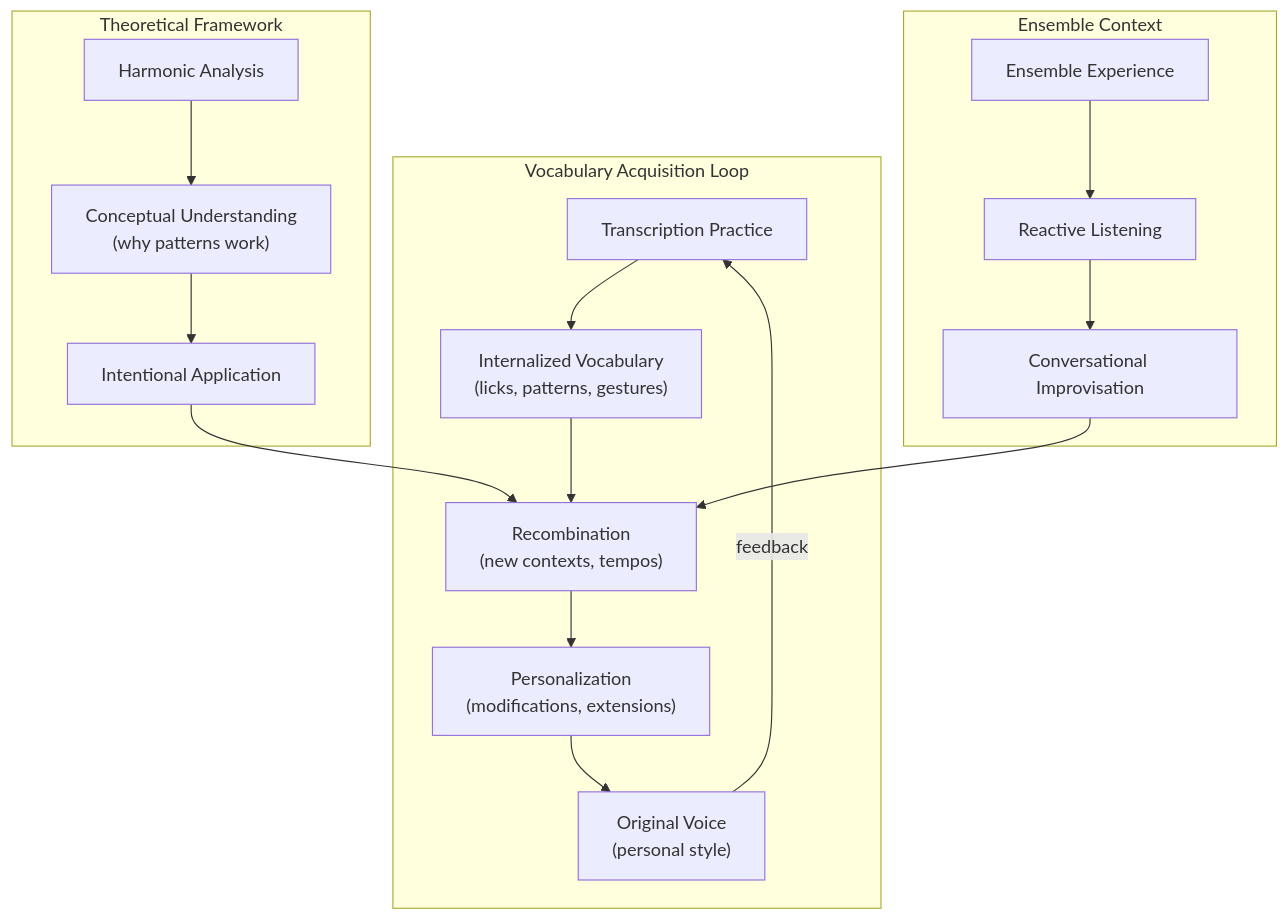
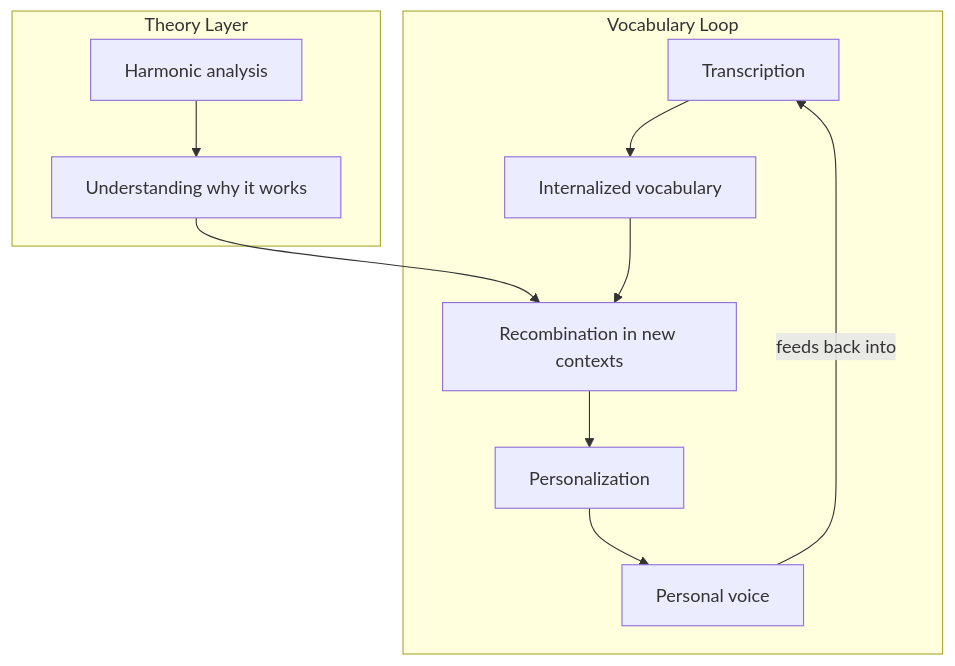
Before and after one commit to blebleblee/synapse: the third of 5 diagrams in topics/arts/composition/jazz_harmony/lesson_03_improvisation_techniques.md, drawn with Mermaid. The commit also changed other lines of this file and 4 other files, not shown here.

````diff
--- a/topics/arts/composition/jazz_harmony/lesson_03_improvisation_techniques.md
+++ b/topics/arts/composition/jazz_harmony/lesson_03_improvisation_techniques.md
@@ -320,36 +226,17 @@
 ```mermaid
 flowchart TD
-    subgraph sub_loop ["Vocabulary Acquisition Loop"]
-        A["Transcription Practice"]
-        B["Internalized Vocabulary\n(licks, patterns, gestures)"]
-        C["Recombination\n(new contexts, tempos)"]
-        D["Personalization\n(modifications, extensions)"]
-        E["Original Voice\n(personal style)"]
+    subgraph sub_loop ["Vocabulary Loop"]
+        A["Transcription"]
+        B["Internalized vocabulary"]
+        C["Recombination in new contexts"]
+        D["Personalization"]
+        E["Personal voice"]
     end
-
-    subgraph sub_theory ["Theoretical Framework"]
-        F["Harmonic Analysis"]
-        G["Conceptual Understanding\n(why patterns work)"]
-        H["Intentional Application"]
+    subgraph sub_theory ["Theory Layer"]
+        F["Harmonic analysis"]
+        G["Understanding why it works"]
     end
-
-    subgraph sub_ensemble ["Ensemble Context"]
-        I["Ensemble Experience"]
-        J["Reactive Listening"]
-        K["Conversational Improvisation"]
-    end
-
-    A --> B
-    B --> C
-    C --> D
-    D --> E
-    E -->|"feedback"| A
-
-    F --> G
-    G --> H
-    H --> C
-
-    I --> J
-    J --> K
-    K --> C
+    A --> B --> C --> D --> E
+    E -->|"feeds back into"| A
+    F --> G --> C
 ```
````
